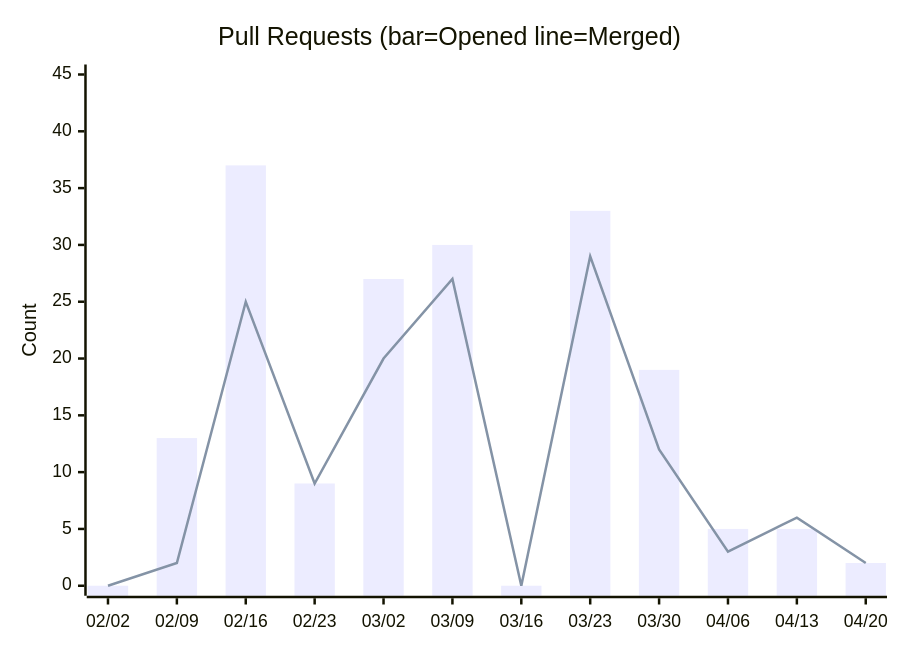
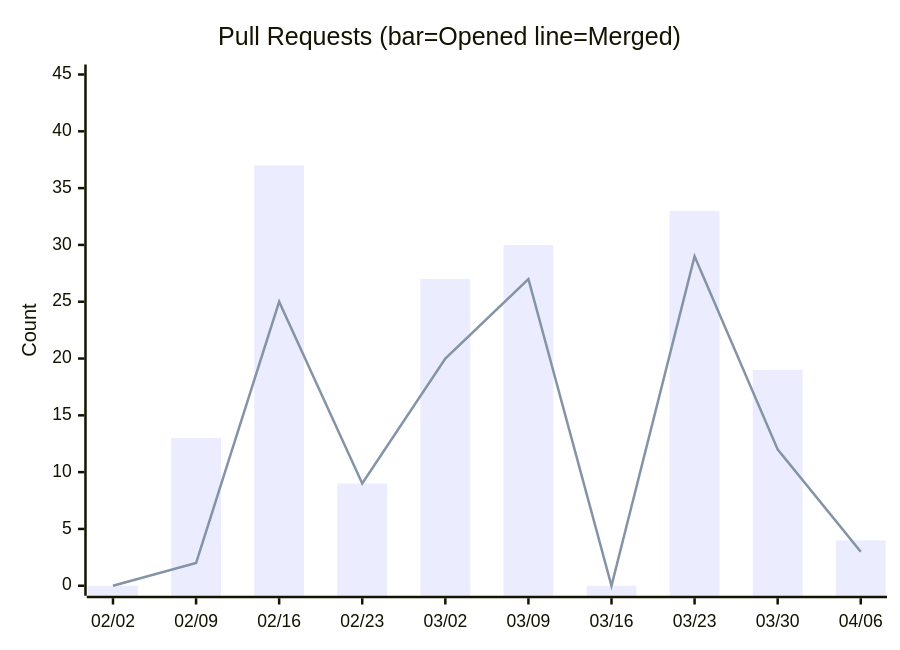
One commit to nablarch/nabledge-dev changed the sixth of 14 diagrams in docs/metrics.md. Above: the diagram before and after it, drawn with Mermaid. The commit also changed other lines of this file and 13372 other files, not shown here.

````diff
--- a/docs/metrics.md
+++ b/docs/metrics.md
@@ -100,8 +100,8 @@
 ```mermaid
 xychart-beta
   title "Pull Requests (bar=Opened  line=Merged)"
-  x-axis ["02/02", "02/09", "02/16", "02/23", "03/02", "03/09", "03/16", "03/23", "03/30", "04/06", "04/13", "04/20"]
+  x-axis ["02/02", "02/09", "02/16", "02/23", "03/02", "03/09", "03/16", "03/23", "03/30", "04/06"]
   y-axis "Count" 0 --> 45
-  bar [0, 13, 37, 9, 27, 30, 0, 33, 19, 5, 5, 2]
-  line [0, 2, 25, 9, 20, 27, 0, 29, 12, 3, 6, 2]
+  bar [0, 13, 37, 9, 27, 30, 0, 33, 19, 4]
+  line [0, 2, 25, 9, 20, 27, 0, 29, 12, 3]
 ```
````
